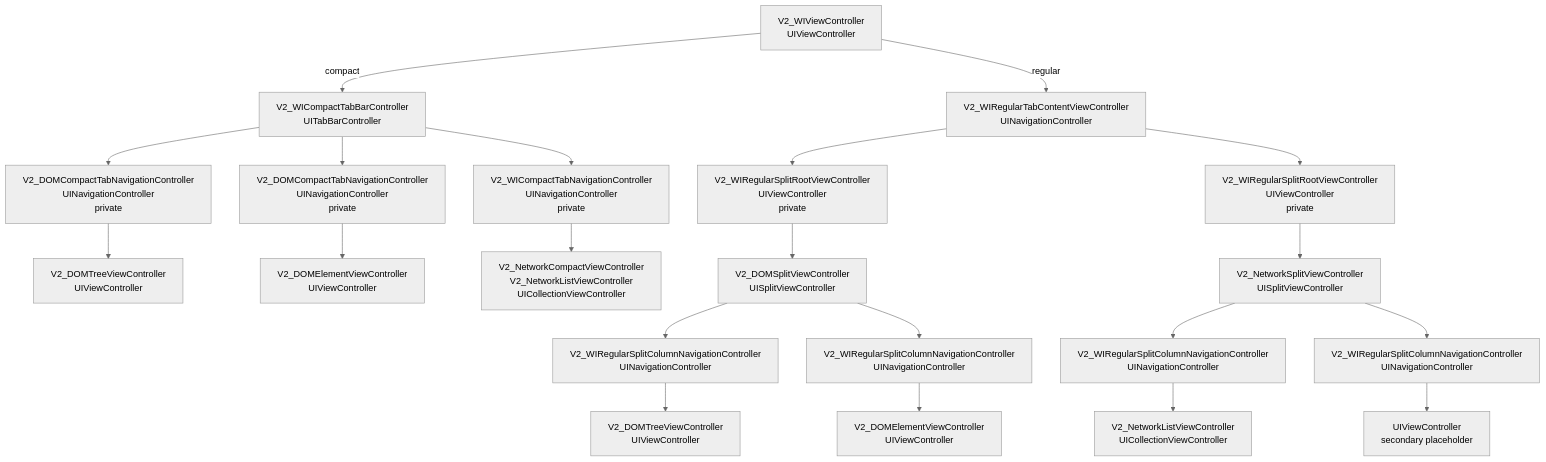
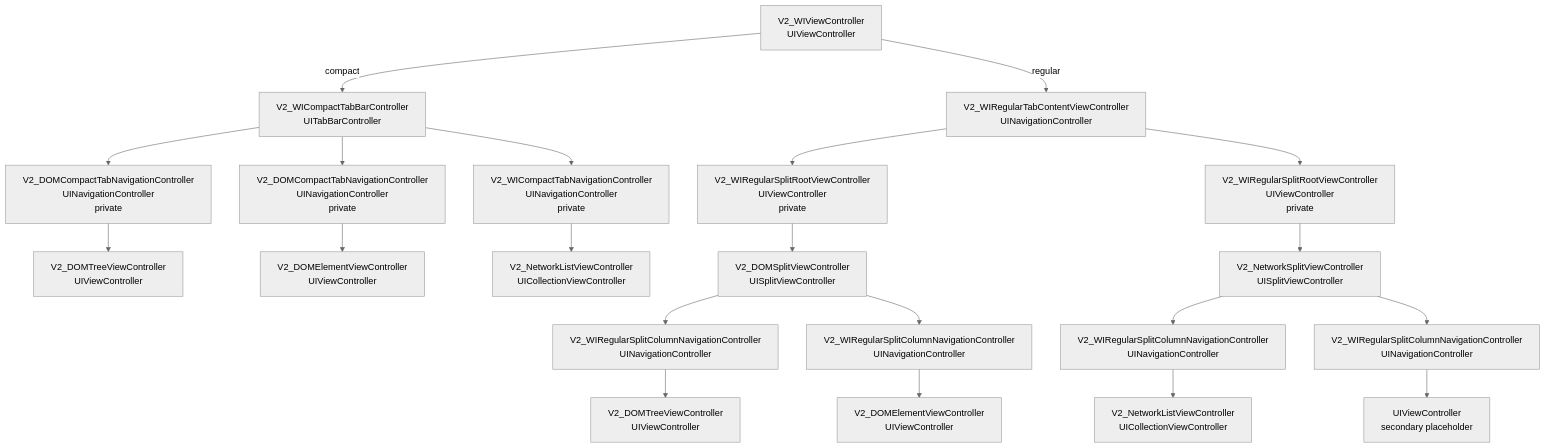
One commit to lynnswap/WebInspectorKit changed the diagram in Sources/WebInspectorUI/V2/Docs/ViewControllerStructure.md. Above: the diagram before and after it, drawn with Mermaid (neutral theme). The commit also changed other lines of this file and 15 other files, not shown here.

````diff
--- a/Sources/WebInspectorUI/V2/Docs/ViewControllerStructure.md
+++ b/Sources/WebInspectorUI/V2/Docs/ViewControllerStructure.md
@@ -8,53 +8,53 @@
 ```mermaid
 flowchart TD
     Root["V2_WIViewController<br/>UIViewController"]
 
     CompactHost["V2_WICompactTabBarController<br/>UITabBarController"]
     RegularHost["V2_WIRegularTabContentViewController<br/>UINavigationController"]
 
     DOMCompactNavigation["V2_DOMCompactTabNavigationController<br/>UINavigationController<br/>private"]
     ElementCompactNavigation["V2_DOMCompactTabNavigationController<br/>UINavigationController<br/>private"]
     RegularDOMRoot["V2_WIRegularSplitRootViewController<br/>UIViewController<br/>private"]
     DOMSplit["V2_DOMSplitViewController<br/>UISplitViewController"]
     NetworkCompactNavigation["V2_WICompactTabNavigationController<br/>UINavigationController<br/>private"]
-    NetworkCompact["V2_NetworkCompactViewController<br/>V2_NetworkListViewController<br/>UICollectionViewController"]
+    NetworkCompact["V2_NetworkListViewController<br/>UICollectionViewController"]
     RegularNetworkRoot["V2_WIRegularSplitRootViewController<br/>UIViewController<br/>private"]
     NetworkSplit["V2_NetworkSplitViewController<br/>UISplitViewController"]
 
     CompactTree["V2_DOMTreeViewController<br/>UIViewController"]
     CompactElement["V2_DOMElementViewController<br/>UIViewController"]
     RegularTreeNavigation["V2_WIRegularSplitColumnNavigationController<br/>UINavigationController"]
     RegularTree["V2_DOMTreeViewController<br/>UIViewController"]
     RegularElementNavigation["V2_WIRegularSplitColumnNavigationController<br/>UINavigationController"]
     RegularElement["V2_DOMElementViewController<br/>UIViewController"]
 
     NetworkPrimaryNavigation["V2_WIRegularSplitColumnNavigationController<br/>UINavigationController"]
     NetworkSecondaryNavigation["V2_WIRegularSplitColumnNavigationController<br/>UINavigationController"]
     NetworkList["V2_NetworkListViewController<br/>UICollectionViewController"]
     NetworkSecondary["UIViewController<br/>secondary placeholder"]
 
     Root -->|compact| CompactHost
     Root -->|regular| RegularHost
 
     CompactHost --> DOMCompactNavigation
     CompactHost --> ElementCompactNavigation
     CompactHost --> NetworkCompactNavigation
     DOMCompactNavigation --> CompactTree
     ElementCompactNavigation --> CompactElement
     NetworkCompactNavigation --> NetworkCompact
 
     RegularHost --> RegularDOMRoot
     RegularHost --> RegularNetworkRoot
     RegularDOMRoot --> DOMSplit
     RegularNetworkRoot --> NetworkSplit
 
     DOMSplit --> RegularTreeNavigation
     RegularTreeNavigation --> RegularTree
     DOMSplit --> RegularElementNavigation
     RegularElementNavigation --> RegularElement
 
     NetworkSplit --> NetworkPrimaryNavigation
     NetworkSplit --> NetworkSecondaryNavigation
     NetworkPrimaryNavigation --> NetworkList
     NetworkSecondaryNavigation --> NetworkSecondary
 ```
````
